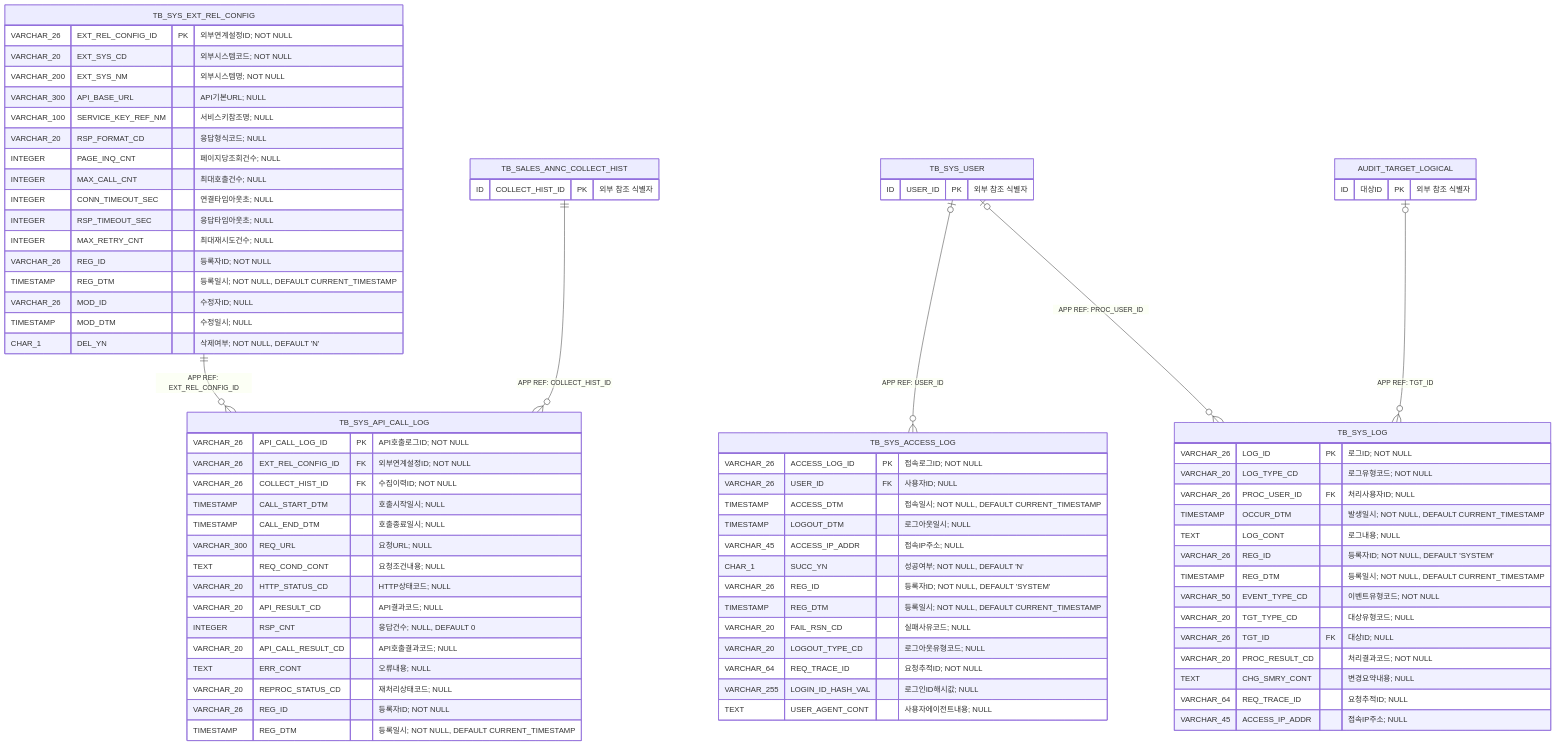
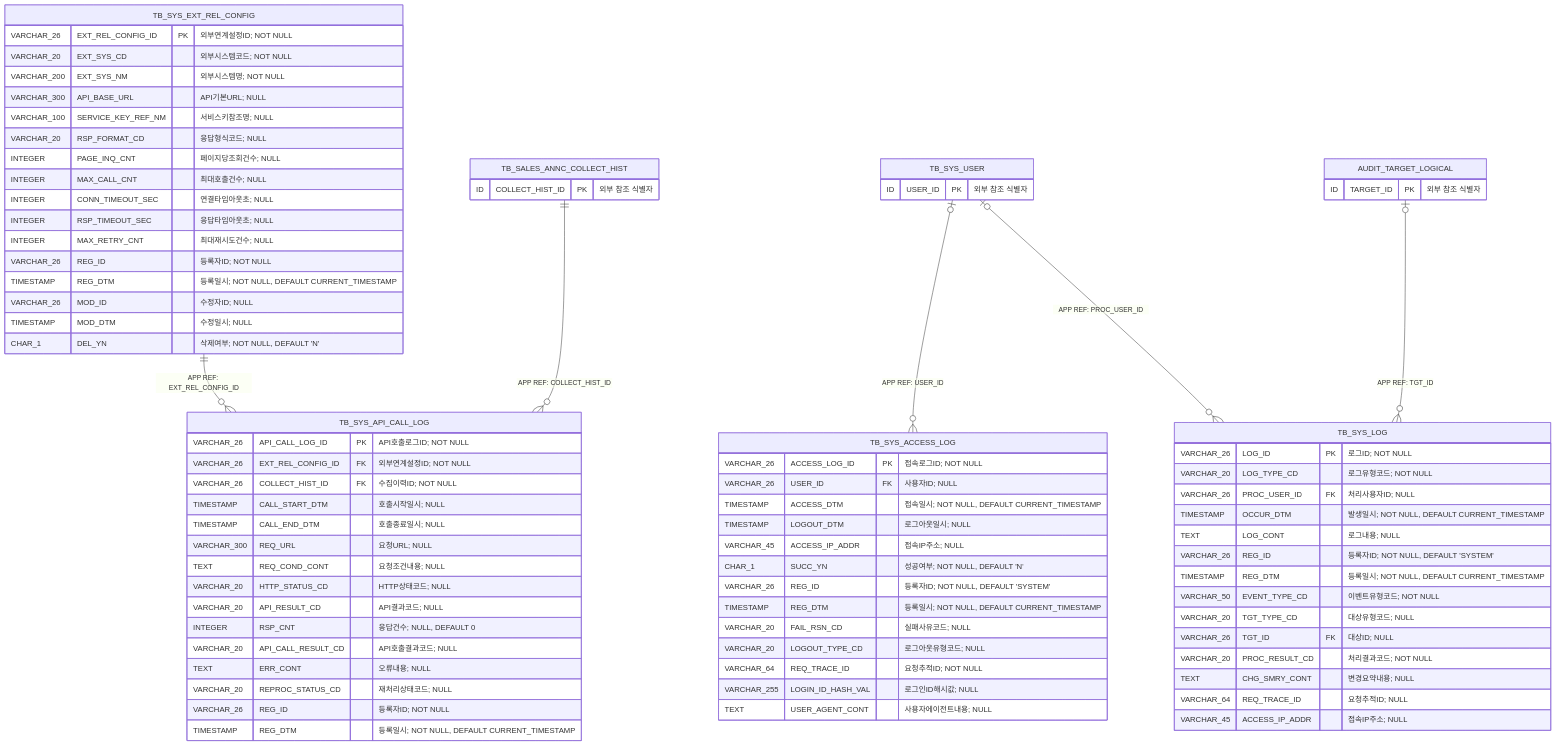
Before and after one commit to MrKkondae/business-management-system: the fourth of 5 diagrams in docs/02.architecture/02.data-architecture/04.model-diagrams/physical/01.system-management-erd.md, drawn with Mermaid. The commit also changed other lines of this file and 8 other files, not shown here.

Commit message:
물리 ERD 작성

```diff
--- a/docs/02.architecture/02.data-architecture/04.model-diagrams/physical/01.system-management-erd.md
+++ b/docs/02.architecture/02.data-architecture/04.model-diagrams/physical/01.system-management-erd.md
@@ -272,7 +272,7 @@
         ID USER_ID PK "외부 참조 식별자"
     }
     AUDIT_TARGET_LOGICAL {
-        ID 대상ID PK "외부 참조 식별자"
+        ID TARGET_ID PK "외부 참조 식별자"
     }
     TB_SYS_EXT_REL_CONFIG ||--o{ TB_SYS_API_CALL_LOG : "APP REF: EXT_REL_CONFIG_ID"
     TB_SALES_ANNC_COLLECT_HIST ||--o{ TB_SYS_API_CALL_LOG : "APP REF: COLLECT_HIST_ID"
```
